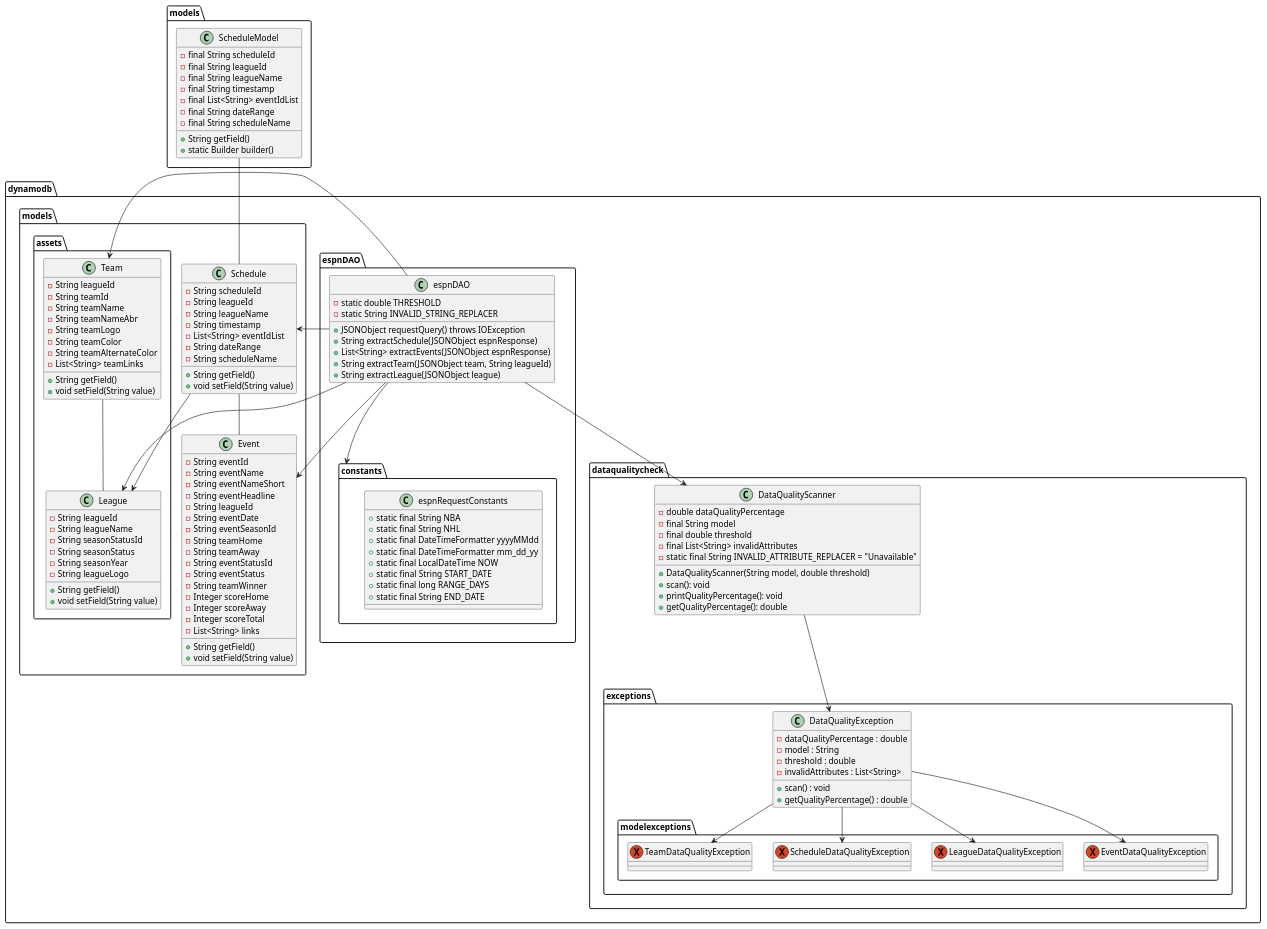
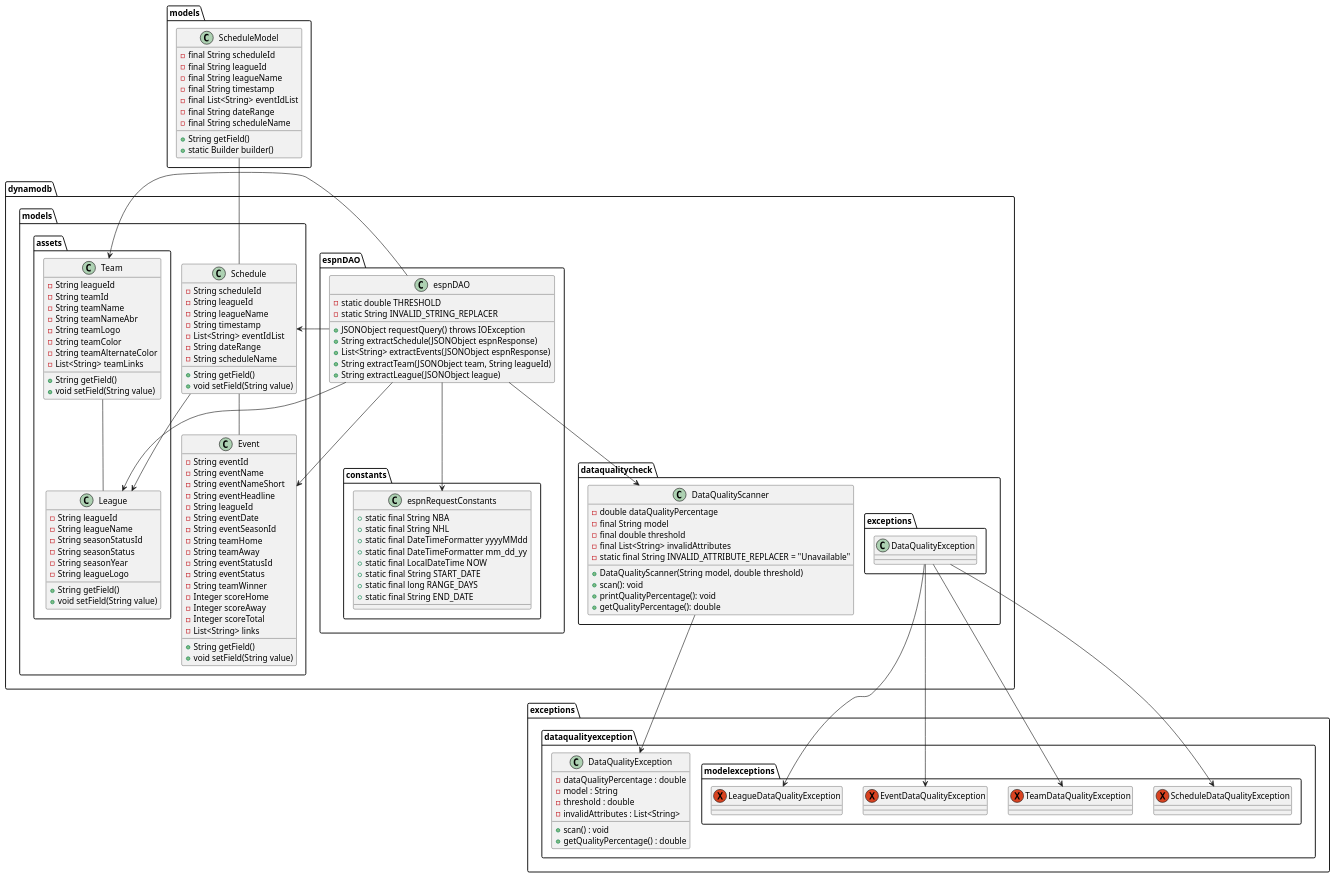
One commit to acgerhold/bookiepedia changed the diagram in app/src/main/resources/BookiepediaClassDiagram.puml. Above: the diagram before and after it, drawn with PlantUML. The commit also changed 7 other files, not shown here.

Commit message:
Adjust package structure further, adjusted class diagram to reflect changes

```diff
--- a/app/src/main/resources/BookiepediaClassDiagram.puml
+++ b/app/src/main/resources/BookiepediaClassDiagram.puml
@@ -1,166 +1,173 @@
 @startuml
 'https://plantuml.com/class-diagram
 
 package dynamodb {
 
     package dataqualitycheck {
         class DataQualityScanner {
             - double dataQualityPercentage
             - final String model
             - final double threshold
             - final List<String> invalidAttributes
             - static final String INVALID_ATTRIBUTE_REPLACER = "Unavailable"
 
             + DataQualityScanner(String model, double threshold)
             + scan(): void
             + printQualityPercentage(): void
             + getQualityPercentage(): double
-        }
-
-        package exceptions {
-            class DataQualityException {
-                - dataQualityPercentage : double
-                - model : String
-                - threshold : double
-                - invalidAttributes : List<String>
-
-                + scan() : void
-                + getQualityPercentage() : double
-            }
-
-            package modelexceptions {
-                exception EventDataQualityException {}
-                exception LeagueDataQualityException {}
-                exception ScheduleDataQualityException {}
-                exception TeamDataQualityException {}
-            }
         }
     }
 
     package espnDAO {
         class espnDAO {
             - static double THRESHOLD
             - static String INVALID_STRING_REPLACER
 
             + JSONObject requestQuery() throws IOException
             + String extractSchedule(JSONObject espnResponse)
             + List<String> extractEvents(JSONObject espnResponse)
             + String extractTeam(JSONObject team, String leagueId)
             + String extractLeague(JSONObject league)
         }
 
         package constants {
             class espnRequestConstants {
                 + static final String NBA
                 + static final String NHL
                 + static final DateTimeFormatter yyyyMMdd
                 + static final DateTimeFormatter mm_dd_yy
                 + static final LocalDateTime NOW
                 + static final String START_DATE
                 + static final long RANGE_DAYS
                 + static final String END_DATE
             }
         }
     }
 
     package models {
         class Event {
             - String eventId
             - String eventName
             - String eventNameShort
             - String eventHeadline
             - String leagueId
             - String eventDate
             - String eventSeasonId
             - String teamHome
             - String teamAway
             - String eventStatusId
             - String eventStatus
             - String teamWinner
             - Integer scoreHome
             - Integer scoreAway
             - Integer scoreTotal
             - List<String> links
 
             + String getField()
             + void setField(String value)
         }
         class Schedule {
             - String scheduleId
             - String leagueId
             - String leagueName
             - String timestamp
             - List<String> eventIdList
             - String dateRange
             - String scheduleName
 
             + String getField()
             + void setField(String value)
         }
 
         package assets {
             class League {
                 - String leagueId
                 - String leagueName
                 - String seasonStatusId
                 - String seasonStatus
                 - String seasonYear
                 - String leagueLogo
 
                 + String getField()
                 + void setField(String value)
             }
             class Team {
                 - String leagueId
                 - String teamId
                 - String teamName
                 - String teamNameAbr
                 - String teamLogo
                 - String teamColor
                 - String teamAlternateColor
                 - List<String> teamLinks
 
                 + String getField()
                 + void setField(String value)
             }
         }
     }
 }
 
+
+package exceptions {
+
+    package dataqualityexception {
+
+        class DataQualityException {
+            - dataQualityPercentage : double
+            - model : String
+            - threshold : double
+            - invalidAttributes : List<String>
+
+            + scan() : void
+            + getQualityPercentage() : double
+        }
+
+        package modelexceptions {
+            exception EventDataQualityException {}
+            exception LeagueDataQualityException {}
+            exception ScheduleDataQualityException {}
+            exception TeamDataQualityException {}
+        }
+    }
+}
+
+
 package models {
+
     class ScheduleModel {
         - final String scheduleId
         - final String leagueId
         - final String leagueName
         - final String timestamp
         - final List<String> eventIdList
         - final String dateRange
         - final String scheduleName
 
         + String getField()
         + static Builder builder()
     }
 }
 
-dynamodb.espnDAO.espnDAO --> dynamodb.espnDAO.constants
+dynamodb.espnDAO.espnDAO --> dynamodb.espnDAO.constants.espnRequestConstants
 
 dynamodb.espnDAO.espnDAO -> dynamodb.models.Schedule
 dynamodb.espnDAO.espnDAO -> dynamodb.models.Event
 dynamodb.espnDAO.espnDAO -> dynamodb.models.assets.Team
 dynamodb.espnDAO.espnDAO -> dynamodb.models.assets.League
 
 dynamodb.models.Schedule -- dynamodb.models.Event
 dynamodb.models.Schedule --> dynamodb.models.assets.League
 dynamodb.models.assets.Team -- dynamodb.models.assets.League
 
 dynamodb.espnDAO.espnDAO --> dynamodb.dataqualitycheck.DataQualityScanner
 
-dynamodb.dataqualitycheck.DataQualityScanner --> dynamodb.dataqualitycheck.exceptions.DataQualityException
-dynamodb.dataqualitycheck.exceptions.DataQualityException --> dynamodb.dataqualitycheck.exceptions.modelexceptions.EventDataQualityException
-dynamodb.dataqualitycheck.exceptions.DataQualityException --> dynamodb.dataqualitycheck.exceptions.modelexceptions.ScheduleDataQualityException
-dynamodb.dataqualitycheck.exceptions.DataQualityException --> dynamodb.dataqualitycheck.exceptions.modelexceptions.LeagueDataQualityException
-dynamodb.dataqualitycheck.exceptions.DataQualityException --> dynamodb.dataqualitycheck.exceptions.modelexceptions.TeamDataQualityException
+dynamodb.dataqualitycheck.DataQualityScanner --> exceptions.dataqualityexception.DataQualityException
+dynamodb.dataqualitycheck.exceptions.DataQualityException --> exceptions.dataqualityexception.modelexceptions.ScheduleDataQualityException
+dynamodb.dataqualitycheck.exceptions.DataQualityException --> exceptions.dataqualityexception.modelexceptions.EventDataQualityException
+dynamodb.dataqualitycheck.exceptions.DataQualityException --> exceptions.dataqualityexception.modelexceptions.LeagueDataQualityException
+dynamodb.dataqualitycheck.exceptions.DataQualityException --> exceptions.dataqualityexception.modelexceptions.TeamDataQualityException
 
 models.ScheduleModel -- dynamodb.models.Schedule
 
 @enduml
```
